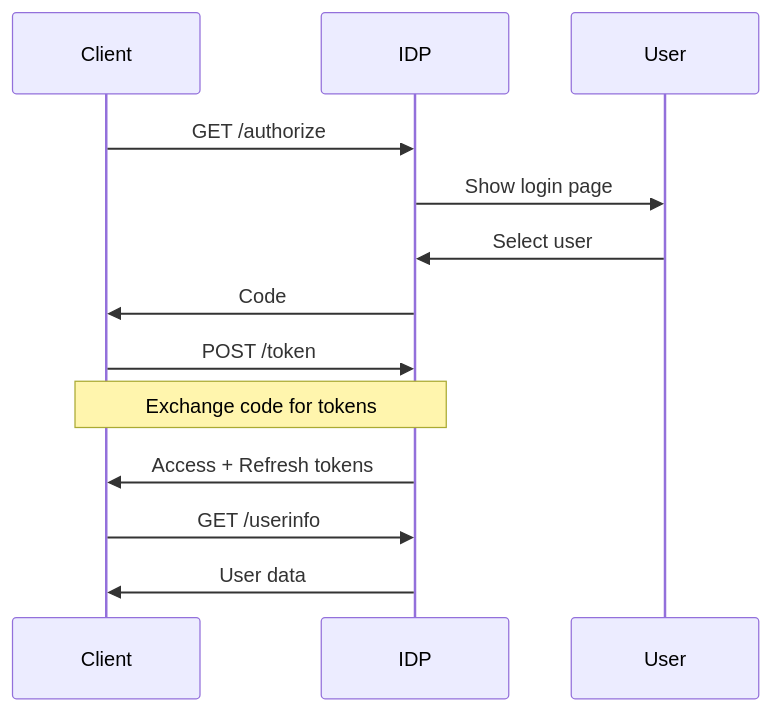
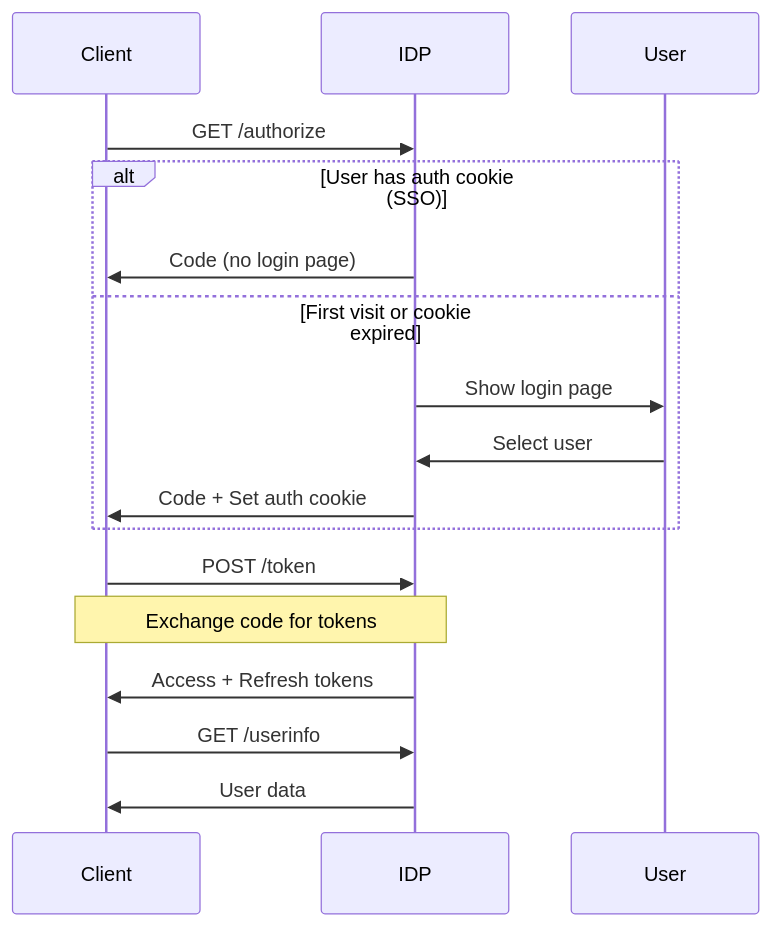
Before and after one commit to BridgingIT-GmbH/bITdevKit: the first of 4 diagrams in docs/features-identityprovider.md, drawn with Mermaid. The commit also changed other lines of this file and 5 other files, not shown here.

Commit message:
feat(identity-provider): add cookie-based Single Sign-On (SSO) support and related configurations

````diff
--- a/docs/features-identityprovider.md
+++ b/docs/features-identityprovider.md
@@ -106,16 +109,20 @@
 ```mermaid
 sequenceDiagram
     participant Client
     participant IDP
     participant User
     
     Client->>IDP: GET /authorize
-    IDP->>User: Show login page
-    User->>IDP: Select user
-    IDP->>Client: Code
+    alt User has auth cookie (SSO)
+        IDP->>Client: Code (no login page)
+    else First visit or cookie expired
+        IDP->>User: Show login page
+        User->>IDP: Select user
+        IDP->>Client: Code + Set auth cookie
+    end
     Client->>IDP: POST /token
     Note over Client,IDP: Exchange code for tokens
     IDP->>Client: Access + Refresh tokens
     Client->>IDP: GET /userinfo
     IDP->>Client: User data
 ```
````
